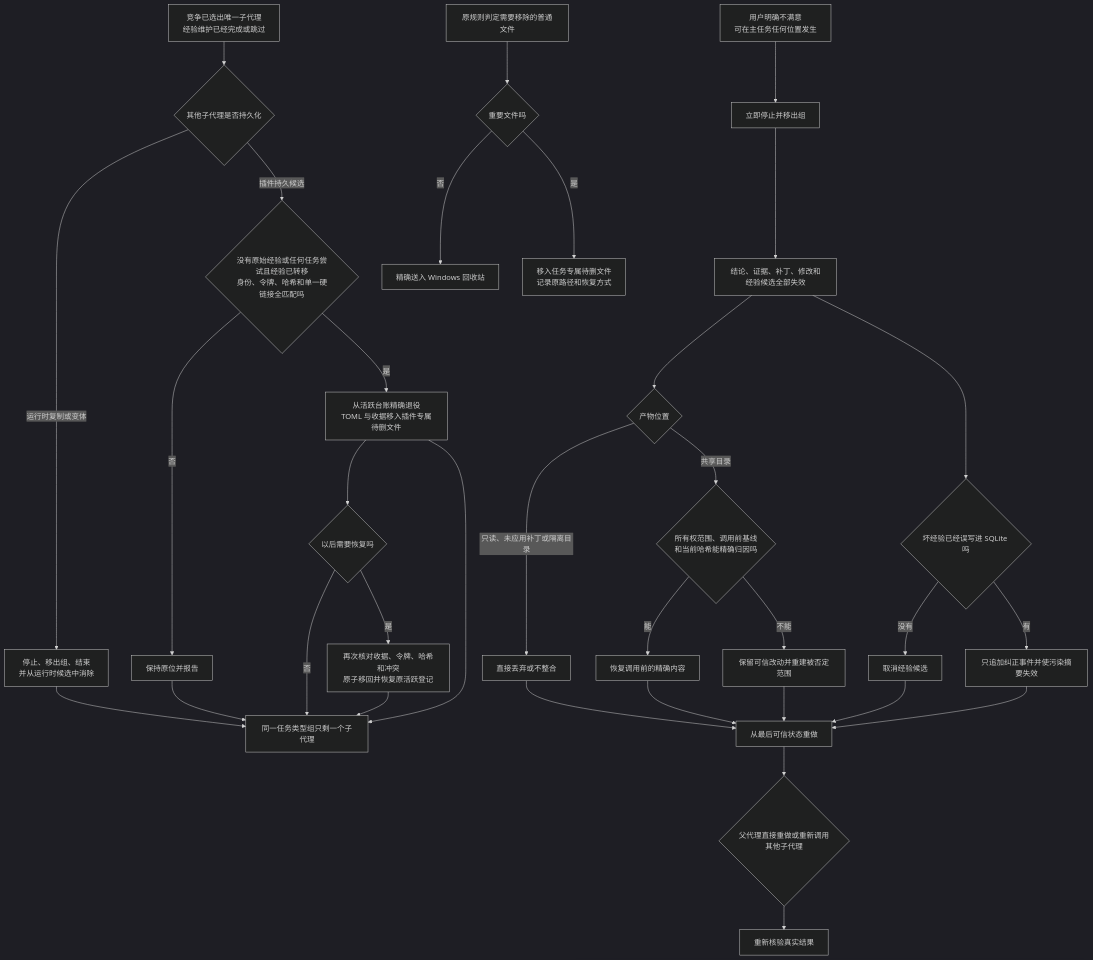
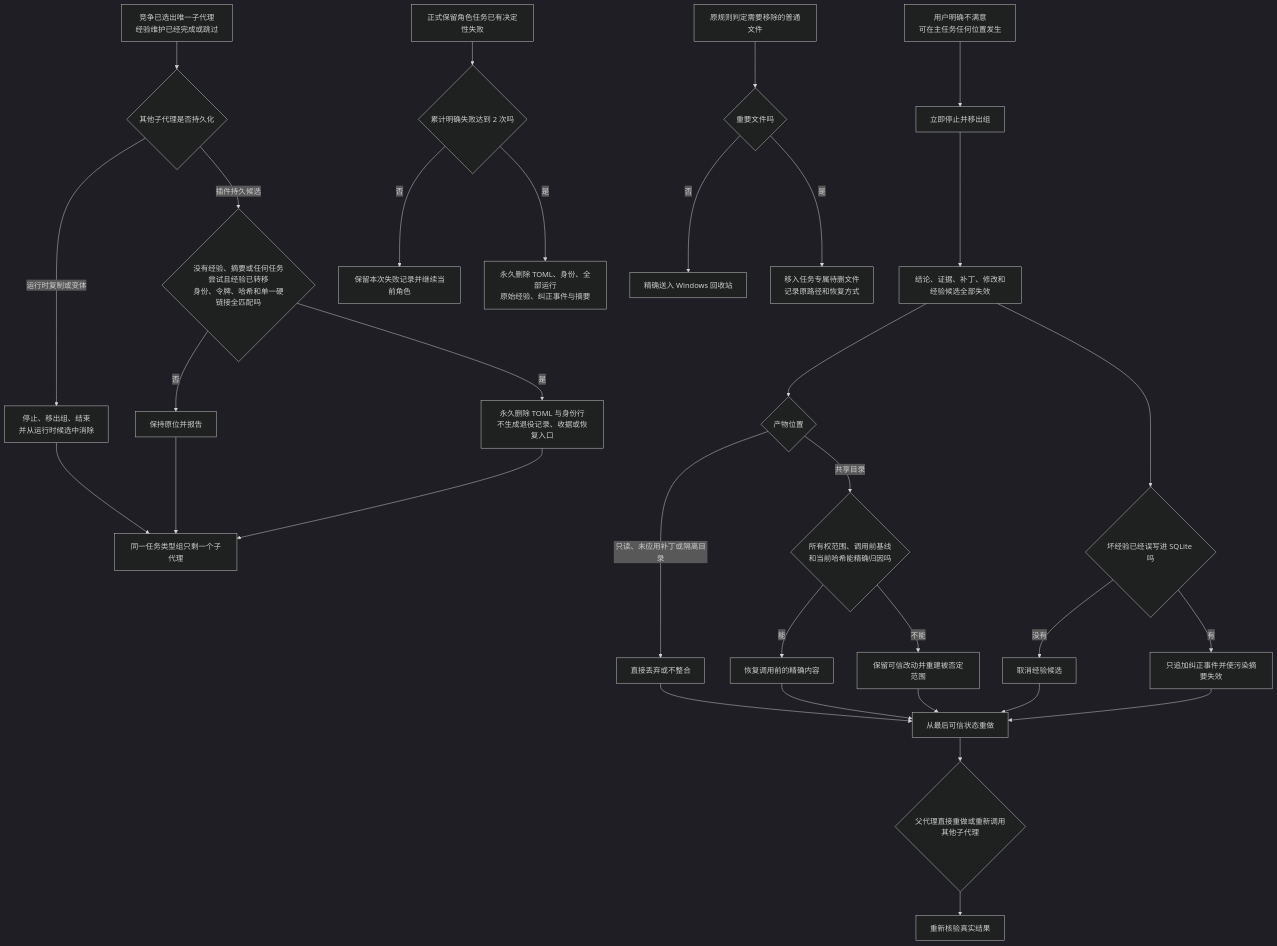
Before and after one commit to Lang45/codex-lean-stack: diagram 12 of 13 in skills/lean-stack/references/flowcharts-zh.md, drawn with Mermaid (dark theme). The commit also changed other lines of this file and 12 other files, not shown here.

````diff
--- a/skills/lean-stack/references/flowcharts-zh.md
+++ b/skills/lean-stack/references/flowcharts-zh.md
@@ -627,35 +629,34 @@
 ```mermaid
 flowchart TD
     A[竞争已选出唯一子代理<br/>经验维护已经完成或跳过] --> C{其他子代理是否持久化}
     C -->|运行时复制或变体| D[停止、移出组、结束<br/>并从运行时候选中消除]
-    C -->|插件持久候选| E{没有原始经验或任何任务尝试且经验已转移<br/>身份、令牌、哈希和单一硬链接全匹配吗}
+    C -->|插件持久候选| E{没有经验、摘要或任何任务尝试且经验已转移<br/>身份、令牌、哈希和单一硬链接全匹配吗}
     E -->|否| F[保持原位并报告]
-    E -->|是| G[从活跃台账精确退役<br/>TOML 与收据移入插件专属待删文件]
-    G --> G2{以后需要恢复吗}
-    G2 -->|否| H
-    G2 -->|是| G3[再次核对收据、令牌、哈希和冲突<br/>原子移回并恢复原活跃登记]
-    G3 --> H
+    E -->|是| G[永久删除 TOML 与身份行<br/>不生成退役记录、收据或恢复入口]
     D --> H[同一任务类型组只剩一个子代理]
     F --> H
     G --> H
+    Z[正式保留角色任务已有决定性失败] --> Z1{累计明确失败达到 2 次吗}
+    Z1 -->|否| Z2[保留本次失败记录并继续当前角色]
+    Z1 -->|是| Z3[永久删除 TOML、身份、全部运行<br/>原始经验、纠正事件与摘要]
     B[用户明确不满意<br/>可在主任务任何位置发生] --> I[立即停止并移出组]
     I --> J[结论、证据、补丁、修改和经验候选全部失效]
     J --> K{产物位置}
     K -->|只读、未应用补丁或隔离目录| L[直接丢弃或不整合]
     K -->|共享目录| M{所有权范围、调用前基线<br/>和当前哈希能精确归因吗}
     M -->|能| N[恢复调用前的精确内容]
     M -->|不能| O[保留可信改动并重建被否定范围]
     J --> P{坏经验已经误写进 SQLite 吗}
     P -->|没有| Q[取消经验候选]
     P -->|有| R[只追加纠正事件并使污染摘要失效]
     L --> S[从最后可信状态重做]
     N --> S
     O --> S
     Q --> S
     R --> S
     S --> T{父代理直接重做或重新调用其他子代理}
     T --> U[重新核验真实结果]
     V[原规则判定需要移除的普通文件] --> W{重要文件吗}
     W -->|否| X[精确送入 Windows 回收站]
     W -->|是| Y[移入任务专属待删文件<br/>记录原路径和恢复方式]
 ```
````
